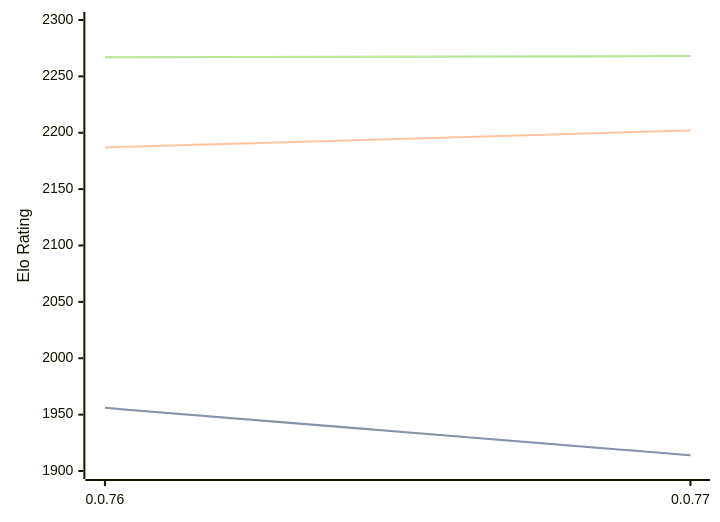
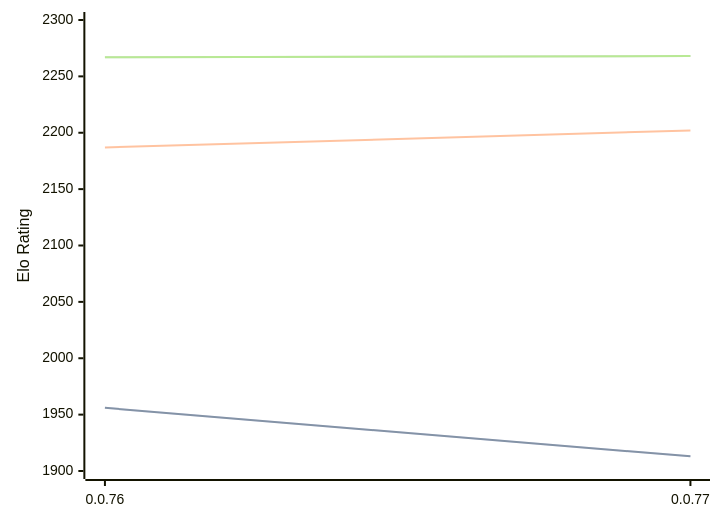
One commit to computer-chess-index/cci changed the diagram in engines/Fktb.md. Above: the diagram before and after it, drawn with Mermaid. The commit also changed other lines of this file, not shown here.

Commit message:
Update CCI Ratings (ELO VLTC) - 2026-02-27

````diff
--- a/engines/Fktb.md
+++ b/engines/Fktb.md
@@ -30,11 +30,11 @@
 ```mermaid
 %%{init: {"theme":"base","themeVariables":{"seriesColors:['#a3a3a3','#222221','#faa371']}}}%%
 xychart-beta
   x-axis ["0.0.76", "0.0.77"]
   y-axis "Elo Rating" 1900 --> 2300
-  line "STC (8.0+0.08s)" [1956, 1914]
-  line "STC (8.0+0.08s)" [1956, 1914]
+  line "STC (8.0+0.08s)" [1956, 1913]
+  line "STC (8.0+0.08s)" [1956, 1913]
   line "LTC (60.0+0.60s)" [2187, 2202]
   line "VLTC (2m24s+1.12s)" [2267, 2268]
   line "VLTC (2m24s+1.12s)" [2267, 2268]
 ```
````
